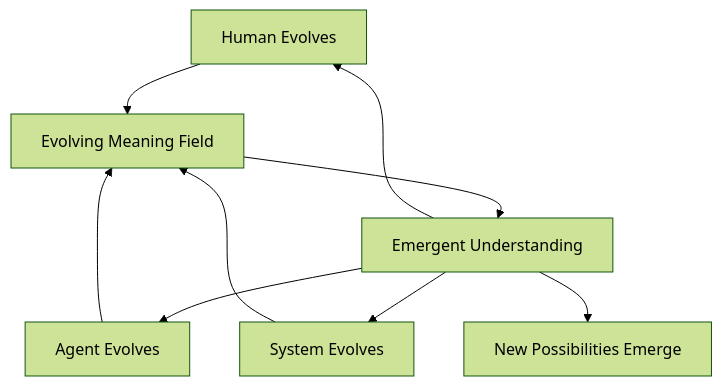
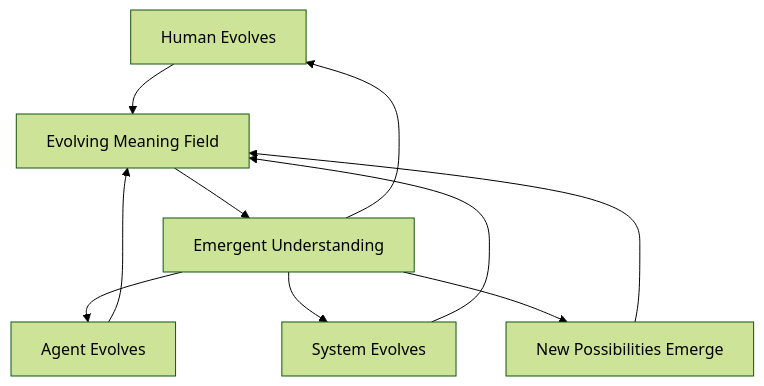
The fourth of 4 diagrams in docs/implications_of_adaptive_id.md (kokomos-owl/habitat-windsurf), drawn with Mermaid (forest theme) before and after one commit. The commit also changed other lines of this file, not shown here.

````diff
--- a/docs/implications_of_adaptive_id.md
+++ b/docs/implications_of_adaptive_id.md
@@ -254,11 +248,12 @@
 ```mermaid
 graph TD
     A[Human] --> D[Evolving Meaning Field]
     B[Agent] --> D
     C[System] --> D
     D --> E[Emergent Understanding]
     E --> A[Human Evolves]
     E --> B[Agent Evolves]
     E --> C[System Evolves]
     E --> F[New Possibilities Emerge]
+    F --> D
 ```
````
